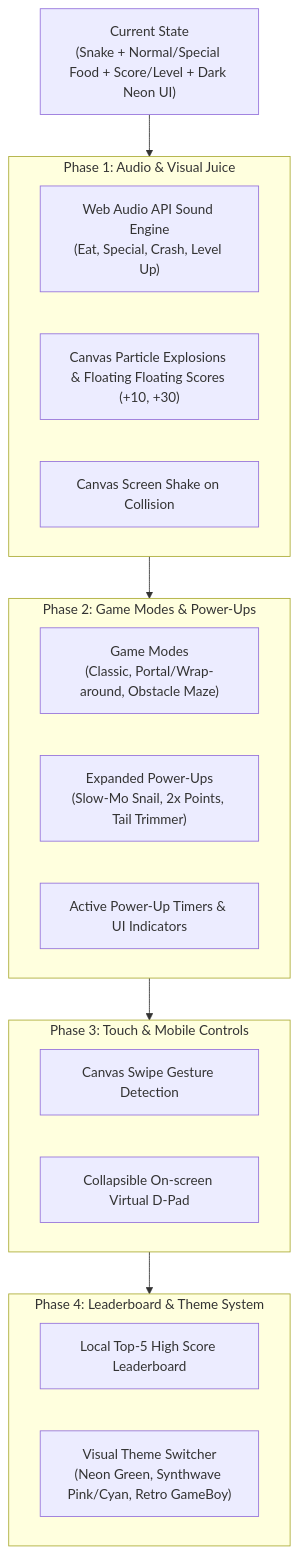
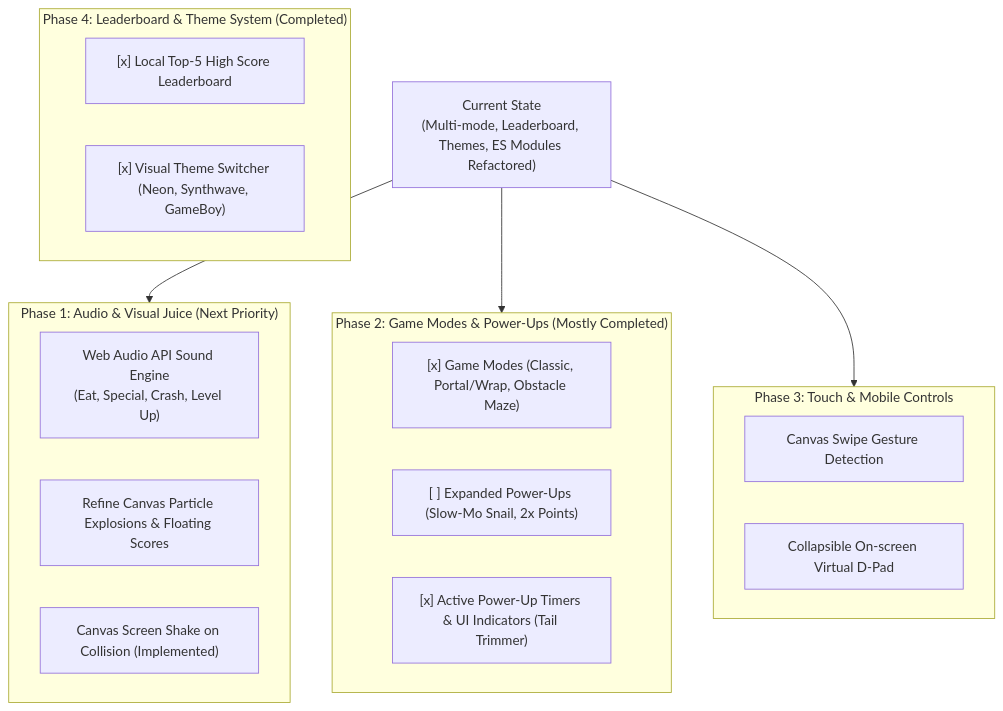
Before and after one commit to Chuan-dev086/modern-snake: the diagram in PLAN.md, drawn with Mermaid. The commit also changed other lines of this file and 2 other files, not shown here.

````diff
--- a/PLAN.md
+++ b/PLAN.md
@@ -7,31 +8,30 @@
 ```mermaid
 flowchart TD
-    Current["Current State<br/>(Snake + Normal/Special Food + Score/Level + Dark Neon UI)"]
+    Current["Current State<br/>(Multi-mode, Leaderboard, Themes, ES Modules Refactored)"]
     
-    subgraph Phase1["Phase 1: Audio & Visual Juice"]
+    subgraph Phase1["Phase 1: Audio & Visual Juice (Next Priority)"]
         P1_A["Web Audio API Sound Engine<br/>(Eat, Special, Crash, Level Up)"]
-        P1_B["Canvas Particle Explosions & Floating Floating Scores (+10, +30)"]
-        P1_C["Canvas Screen Shake on Collision"]
+        P1_B["Refine Canvas Particle Explosions & Floating Scores"]
+        P1_C["Canvas Screen Shake on Collision (Implemented)"]
     end
 
-    subgraph Phase2["Phase 2: Game Modes & Power-Ups"]
-        P2_A["Game Modes<br/>(Classic, Portal/Wrap-around, Obstacle Maze)"]
-        P2_B["Expanded Power-Ups<br/>(Slow-Mo Snail, 2x Points, Tail Trimmer)"]
-        P2_C["Active Power-Up Timers & UI Indicators"]
+    subgraph Phase2["Phase 2: Game Modes & Power-Ups (Mostly Completed)"]
+        P2_A["[x] Game Modes (Classic, Portal/Wrap, Obstacle Maze)"]
+        P2_B["[ ] Expanded Power-Ups (Slow-Mo Snail, 2x Points)"]
+        P2_C["[x] Active Power-Up Timers & UI Indicators (Tail Trimmer)"]
     end
 
     subgraph Phase3["Phase 3: Touch & Mobile Controls"]
         P3_A["Canvas Swipe Gesture Detection"]
         P3_B["Collapsible On-screen Virtual D-Pad"]
     end
 
-    subgraph Phase4["Phase 4: Leaderboard & Theme System"]
-        P4_A["Local Top-5 High Score Leaderboard"]
-        P4_B["Visual Theme Switcher<br/>(Neon Green, Synthwave Pink/Cyan, Retro GameBoy)"]
+    subgraph Phase4["Phase 4: Leaderboard & Theme System (Completed)"]
+        P4_A["[x] Local Top-5 High Score Leaderboard"]
+        P4_B["[x] Visual Theme Switcher (Neon, Synthwave, GameBoy)"]
     end
 
     Current --> Phase1
-    Phase1 --> Phase2
-    Phase2 --> Phase3
-    Phase3 --> Phase4
+    Current --> Phase2
+    Current --> Phase3
 ```
````
